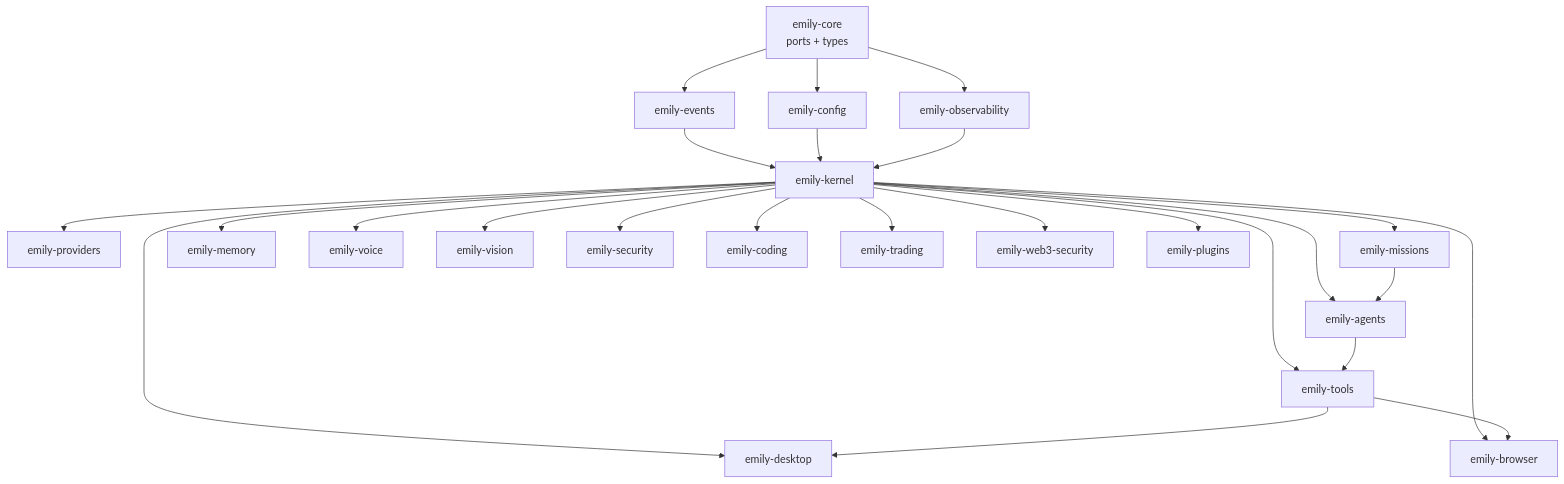
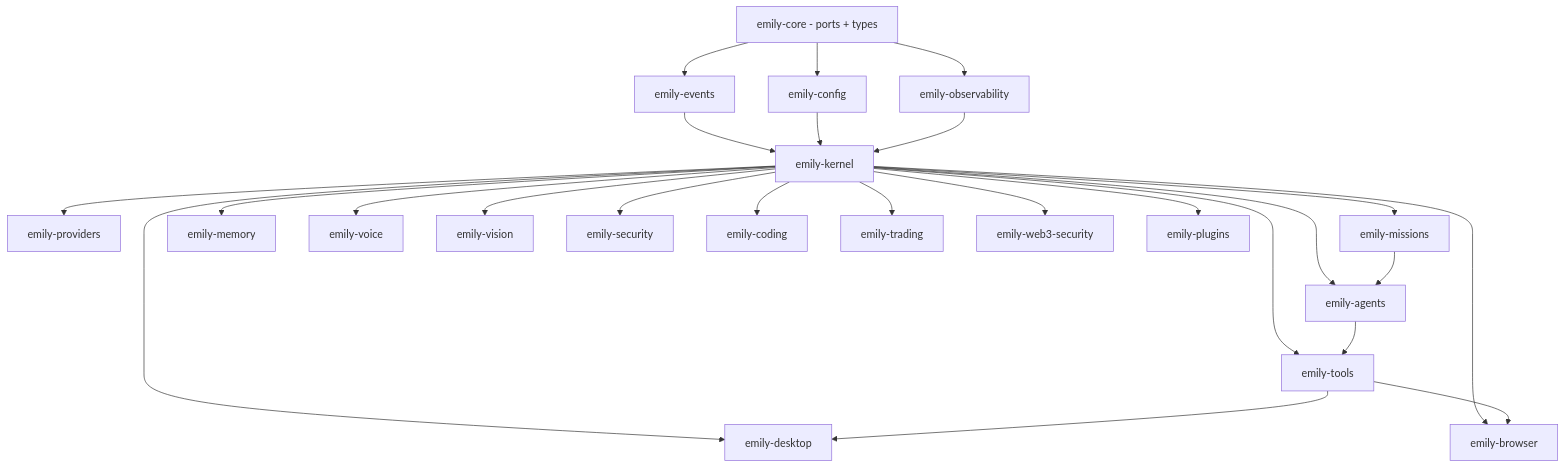
Diagram 17 of 18 in README.md (MrDecryptDecipher/EmilyOS), drawn with Mermaid before and after one commit. The commit also changed other lines of this file and 1 other file, not shown here.

First line of the commit message:
docs: fix Mermaid rendering on GitHub + add inline launch-film GIF

````diff
--- a/README.md
+++ b/README.md
@@ -429,27 +441,27 @@
 ```mermaid
 flowchart TB
-  CORE["emily-core<br/>ports + types"] --> EVENTS["emily-events"]
+  CORE["emily-core - ports + types"] --> EVENTS["emily-events"]
   CORE --> CONFIG["emily-config"]
   CORE --> OBS["emily-observability"]
   EVENTS --> KERNEL["emily-kernel"]
   CONFIG --> KERNEL
   OBS --> KERNEL
   KERNEL --> PROV["emily-providers"]
   KERNEL --> MISSIONS["emily-missions"]
   KERNEL --> AGENTS["emily-agents"]
   KERNEL --> MEMORY["emily-memory"]
   KERNEL --> TOOLS["emily-tools"]
   KERNEL --> DESKTOP["emily-desktop"]
   KERNEL --> BROWSER["emily-browser"]
   KERNEL --> VOICE["emily-voice"]
   KERNEL --> VISION["emily-vision"]
   KERNEL --> SECURITY["emily-security"]
   KERNEL --> CODING["emily-coding"]
   KERNEL --> TRADING["emily-trading"]
   KERNEL --> WEB3["emily-web3-security"]
   KERNEL --> PLUGINS["emily-plugins"]
   MISSIONS --> AGENTS
   AGENTS --> TOOLS
   TOOLS --> DESKTOP
   TOOLS --> BROWSER
 ```
````
